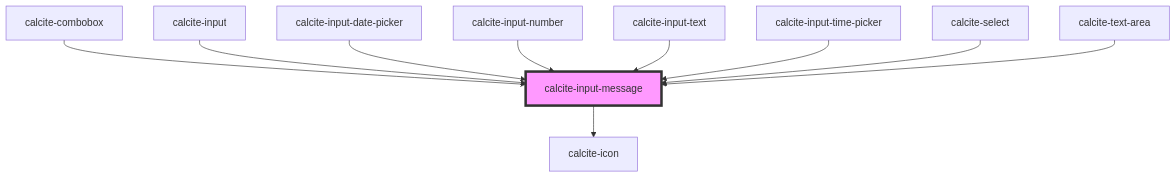
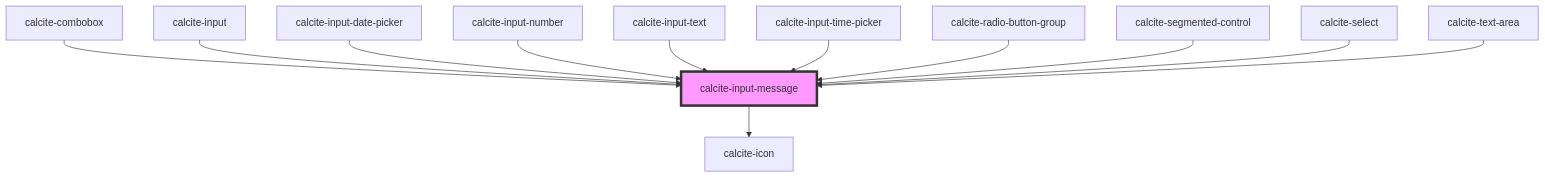
One commit to Esri/calcite-design-system changed the diagram in packages/calcite-components/src/components/input-message/readme.md. Above: the diagram before and after it, drawn with Mermaid. The commit also changed other lines of this file and 82 other files, not shown here.

````diff
--- a/packages/calcite-components/src/components/input-message/readme.md
+++ b/packages/calcite-components/src/components/input-message/readme.md
@@ -62,13 +66,15 @@
 ```mermaid
 graph TD;
   calcite-input-message --> calcite-icon
   calcite-combobox --> calcite-input-message
   calcite-input --> calcite-input-message
   calcite-input-date-picker --> calcite-input-message
   calcite-input-number --> calcite-input-message
   calcite-input-text --> calcite-input-message
   calcite-input-time-picker --> calcite-input-message
+  calcite-radio-button-group --> calcite-input-message
+  calcite-segmented-control --> calcite-input-message
   calcite-select --> calcite-input-message
   calcite-text-area --> calcite-input-message
   style calcite-input-message fill:#f9f,stroke:#333,stroke-width:4px
 ```
````
